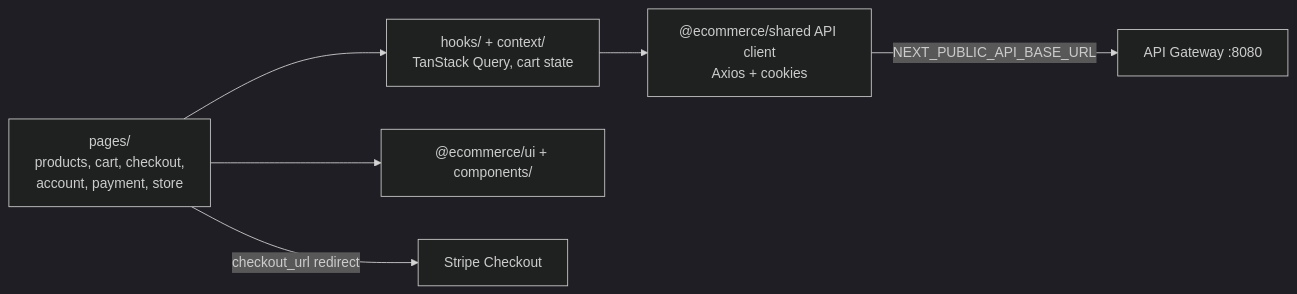
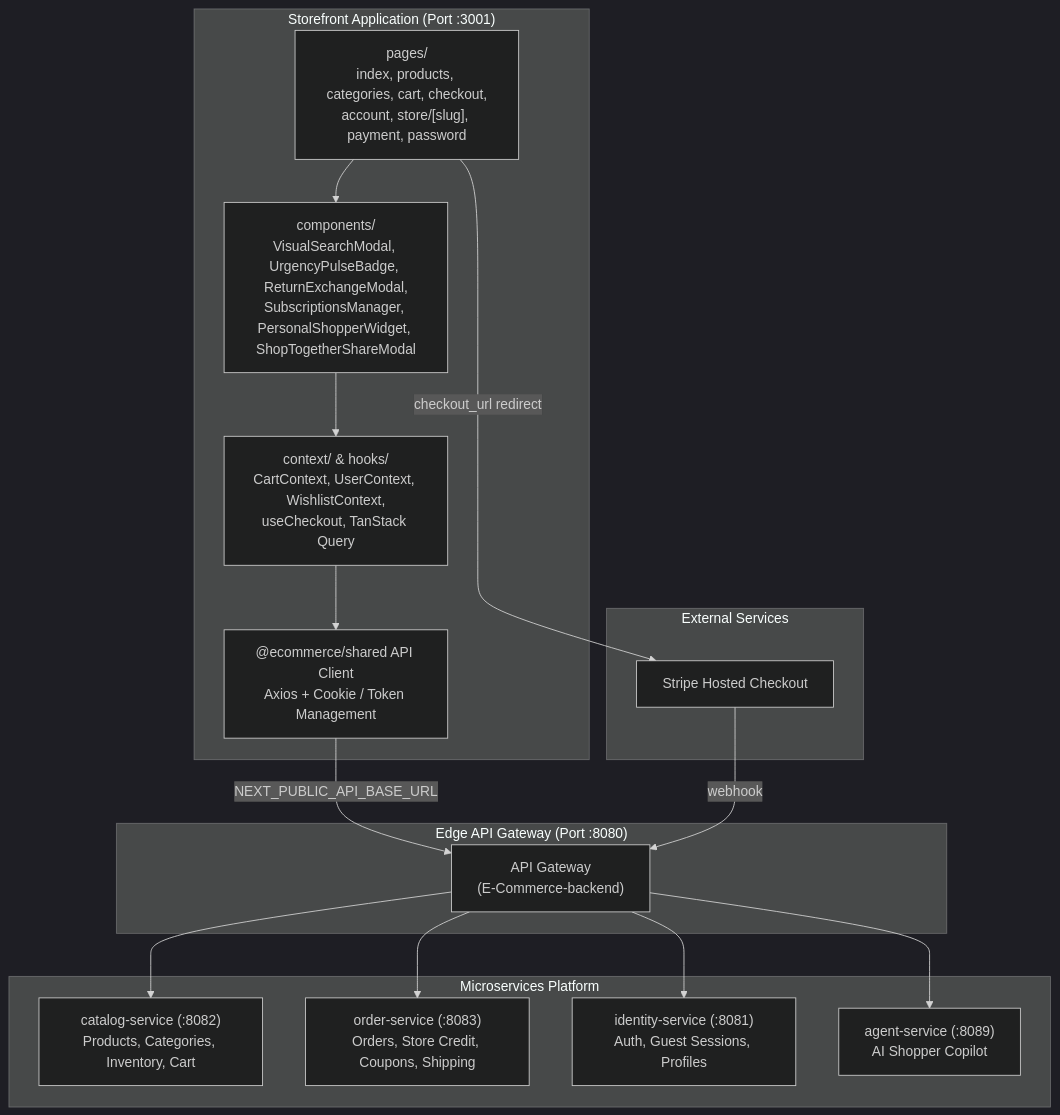
Before and after one commit to yashrajoria/E-Commerce: the first of 2 diagrams in storefront/README.md, drawn with Mermaid (dark theme). The commit also changed other lines of this file and 4 other files, not shown here.

First line of the commit message:
docs: update frontend READMEs (root, admin, storefront, shared, ui)

````diff
--- a/storefront/README.md
+++ b/storefront/README.md
@@ -7,8 +9,37 @@
 ```mermaid
-flowchart LR
-  Page["pages/<br/>products, cart, checkout,<br/>account, payment, store"] --> Hooks["hooks/ + context/<br/>TanStack Query, cart state"]
-  Hooks --> API["@ecommerce/shared API client<br/>Axios + cookies"]
-  Page --> UI["@ecommerce/ui + components/"]
-  API -->|"NEXT_PUBLIC_API_BASE_URL"| GW["API Gateway :8080"]
-  Page -->|"checkout_url redirect"| Stripe["Stripe Checkout"]
+flowchart TD
+  subgraph ClientApp["Storefront Application (Port :3001)"]
+    Pages["pages/<br/>index, products, categories, cart, checkout,<br/>account, store/[slug], payment, password"]
+    Components["components/<br/>VisualSearchModal, UrgencyPulseBadge, ReturnExchangeModal,<br/>SubscriptionsManager, PersonalShopperWidget, ShopTogetherShareModal"]
+    Context["context/ & hooks/<br/>CartContext, UserContext, WishlistContext,<br/>useCheckout, TanStack Query"]
+    APIClient["@ecommerce/shared API Client<br/>Axios + Cookie / Token Management"]
+    
+    Pages --> Components
+    Components --> Context
+    Context --> APIClient
+  end
+
+  subgraph Gateway["Edge API Gateway (Port :8080)"]
+    GW["API Gateway<br/>(E-Commerce-backend)"]
+  end
+
+  subgraph BackendServices["Microservices Platform"]
+    CAT["catalog-service (:8082)<br/>Products, Categories, Inventory, Cart"]
+    ORD["order-service (:8083)<br/>Orders, Store Credit, Coupons, Shipping"]
+    ID["identity-service (:8081)<br/>Auth, Guest Sessions, Profiles"]
+    AG["agent-service (:8089)<br/>AI Shopper Copilot"]
+  end
+
+  subgraph External["External Services"]
+    STRIPE["Stripe Hosted Checkout"]
+  end
+
+  APIClient -->|"NEXT_PUBLIC_API_BASE_URL"| GW
+  GW --> CAT
+  GW --> ORD
+  GW --> ID
+  GW --> AG
+
+  Pages -->|"checkout_url redirect"| STRIPE
+  STRIPE -->|"webhook"| GW
 ```
````
